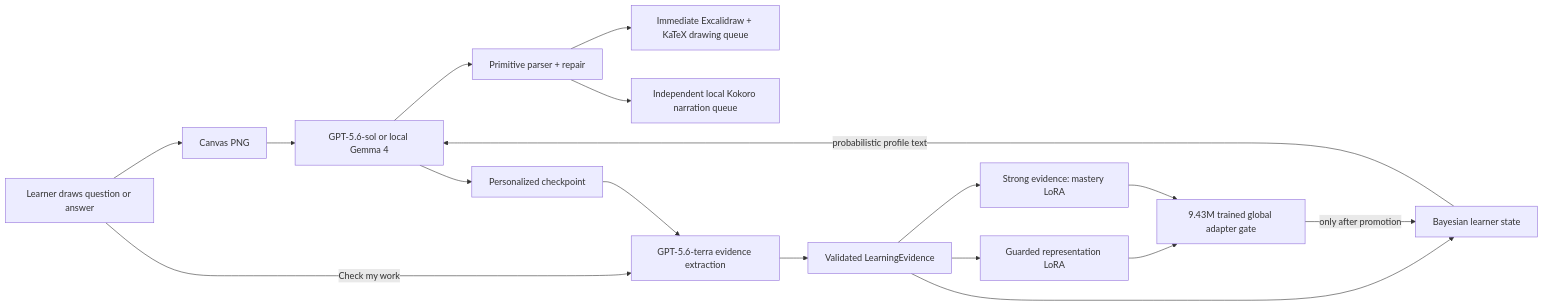
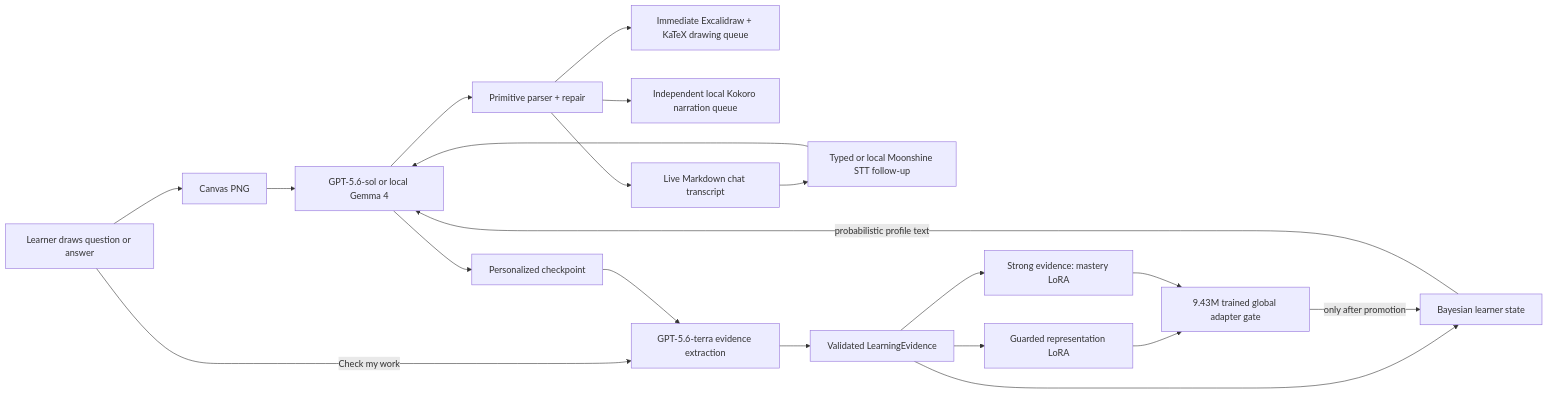
One commit to Abhijithreddydasari/Y changed the diagram in README.md. Above: the diagram before and after it, drawn with Mermaid. The commit also changed other lines of this file and 38 other files, not shown here.

````diff
--- a/README.md
+++ b/README.md
@@ -37,19 +43,22 @@
 ```mermaid
 flowchart LR
     A["Learner draws question or answer"] --> B["Canvas PNG"]
     B --> C["GPT-5.6-sol or local Gemma 4"]
     C --> D["Primitive parser + repair"]
     D --> E["Immediate Excalidraw + KaTeX drawing queue"]
     D --> F["Independent local Kokoro narration queue"]
+    D --> N["Live Markdown chat transcript"]
+    N --> O["Typed or local Moonshine STT follow-up"]
+    O --> C
     C --> G["Personalized checkpoint"]
     A -->|"Check my work"| H["GPT-5.6-terra evidence extraction"]
     G --> H
     H --> I["Validated LearningEvidence"]
     I --> J["Bayesian learner state"]
     I --> K["Guarded representation LoRA"]
     I --> L["Strong evidence: mastery LoRA"]
     K --> M["9.43M trained global adapter gate"]
     L --> M
     J -->|"probabilistic profile text"| C
     M -->|"only after promotion"| J
 ```
````
